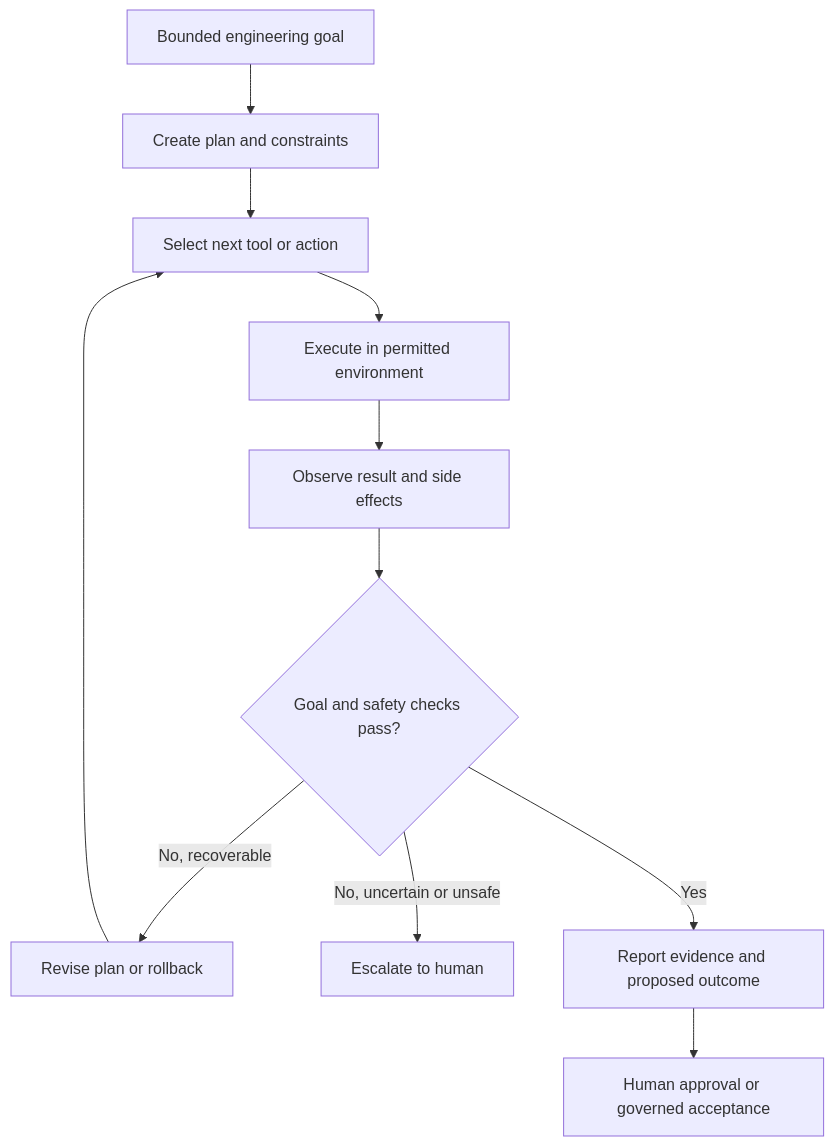
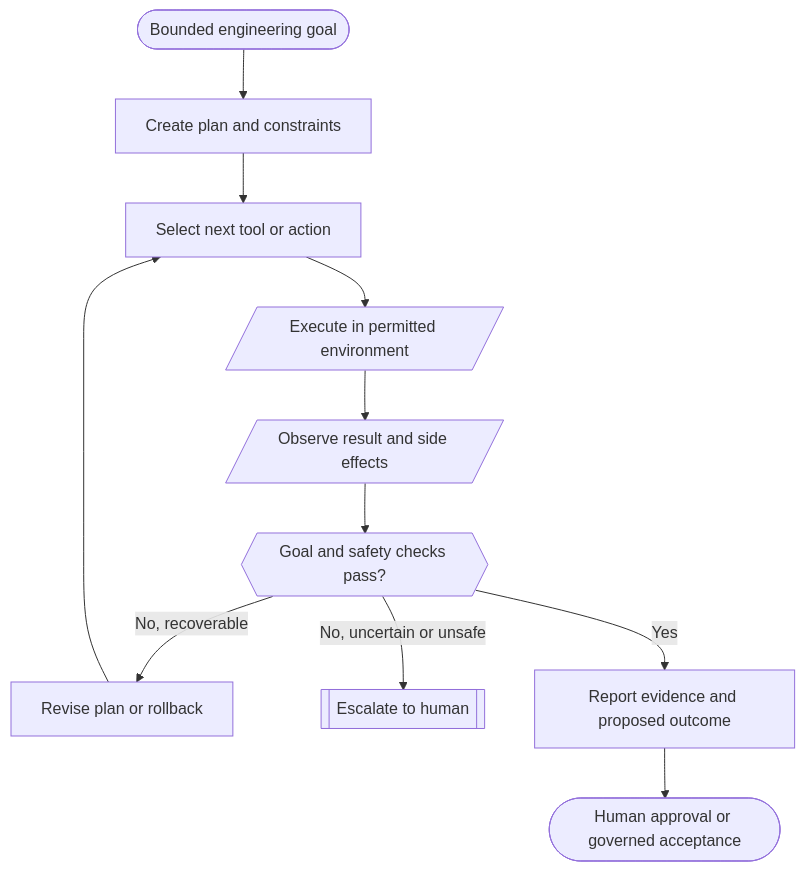
Before and after one commit to geekychris/-Engineering-Intelligence: the diagram in figures/mermaid/agent-task-loop.mmd, drawn with Mermaid. The commit also changed 3 other files, not shown here.

First line of the commit message:
Restyle Mermaid with a book-appropriate palette and shape vocabulary

```diff
--- a/figures/mermaid/agent-task-loop.mmd
+++ b/figures/mermaid/agent-task-loop.mmd
@@ -1,11 +1,11 @@
 flowchart TD
-    GOAL[Bounded engineering goal] --> PLAN[Create plan and constraints]
+    GOAL([Bounded engineering goal]) --> PLAN[Create plan and constraints]
     PLAN --> SELECT[Select next tool or action]
-    SELECT --> EXEC[Execute in permitted environment]
-    EXEC --> OBSERVE[Observe result and side effects]
-    OBSERVE --> VERIFY{Goal and safety checks pass?}
+    SELECT --> EXEC[/Execute in permitted environment/]
+    EXEC --> OBSERVE[/Observe result and side effects/]
+    OBSERVE --> VERIFY{{Goal and safety checks pass?}}
     VERIFY -->|No, recoverable| REVISE[Revise plan or rollback]
     REVISE --> SELECT
-    VERIFY -->|No, uncertain or unsafe| ESC[Escalate to human]
+    VERIFY -->|No, uncertain or unsafe| ESC[[Escalate to human]]
     VERIFY -->|Yes| REPORT[Report evidence and proposed outcome]
-    REPORT --> APPROVE[Human approval or governed acceptance]
+    REPORT --> APPROVE([Human approval or governed acceptance])
```
